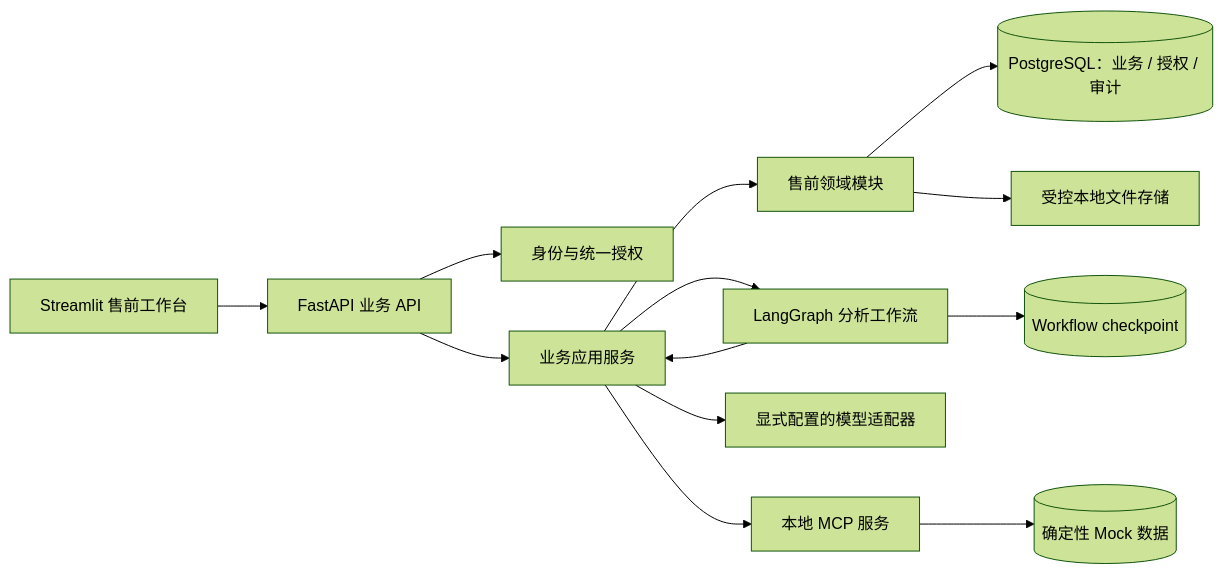
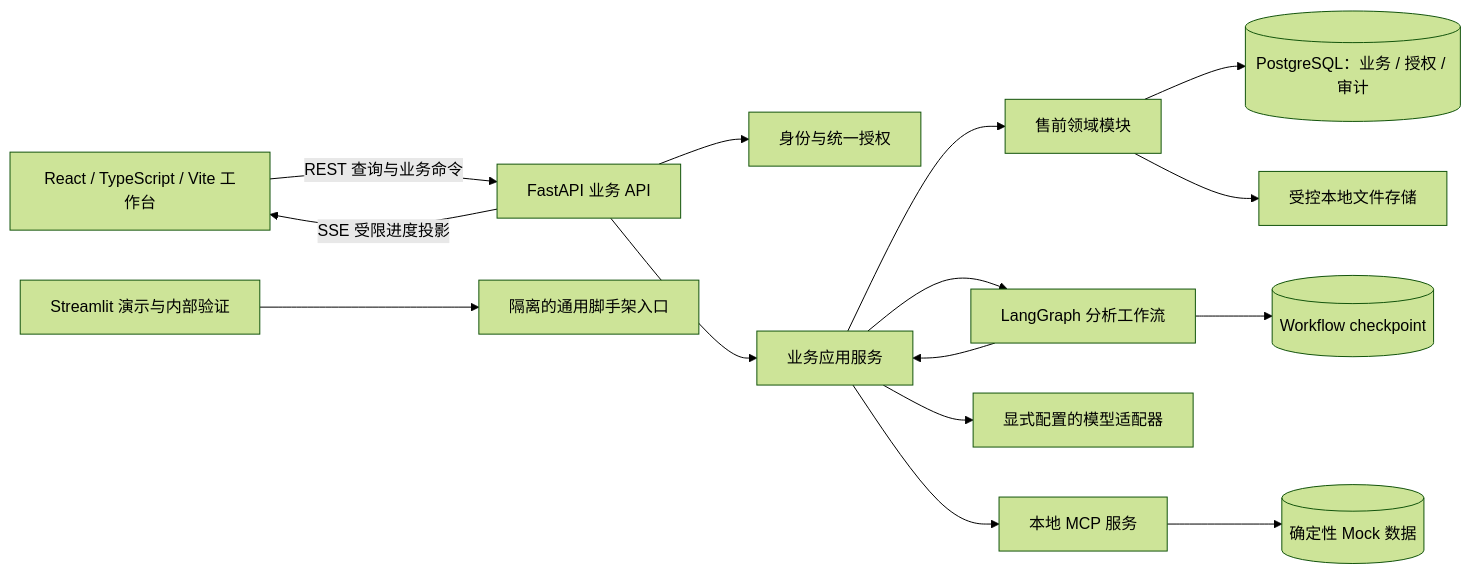
One commit to loveCoward/Ai_Project changed the diagram in docs/superpowers/specs/总体架构总览.md. Above: the diagram before and after it, drawn with Mermaid (forest theme). The commit also changed other lines of this file and 55 other files, not shown here.

````diff
--- a/docs/superpowers/specs/总体架构总览.md
+++ b/docs/superpowers/specs/总体架构总览.md
@@ -33,15 +34,17 @@
 ```mermaid
 flowchart LR
-    UI[Streamlit 售前工作台] --> API[FastAPI 业务 API]
+    UI[React / TypeScript / Vite 工作台] -->|REST 查询与业务命令| API[FastAPI 业务 API]
+    API -->|SSE 受限进度投影| UI
+    DEMO[Streamlit 演示与内部验证] --> COMPAT[隔离的通用脚手架入口]
     API --> AUTH[身份与统一授权]
     API --> APP[业务应用服务]
     APP --> DOMAIN[售前领域模块]
     DOMAIN --> DB[(PostgreSQL：业务 / 授权 / 审计)]
     DOMAIN --> FS[受控本地文件存储]
     APP --> GRAPH[LangGraph 分析工作流]
     GRAPH --> CHECK[(Workflow checkpoint)]
     GRAPH --> APP
     APP --> MODEL[显式配置的模型适配器]
     APP --> MCP[本地 MCP 服务]
     MCP --> MOCK[(确定性 Mock 数据)]
 ```
````
